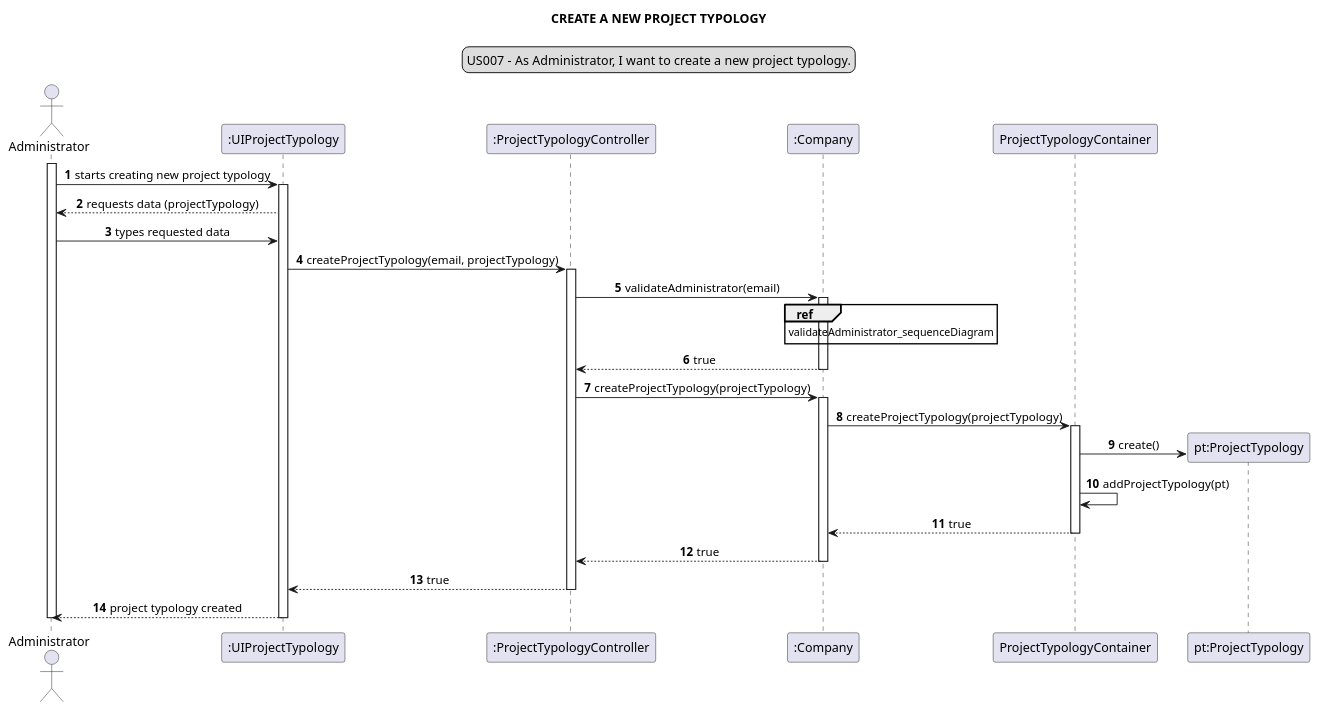
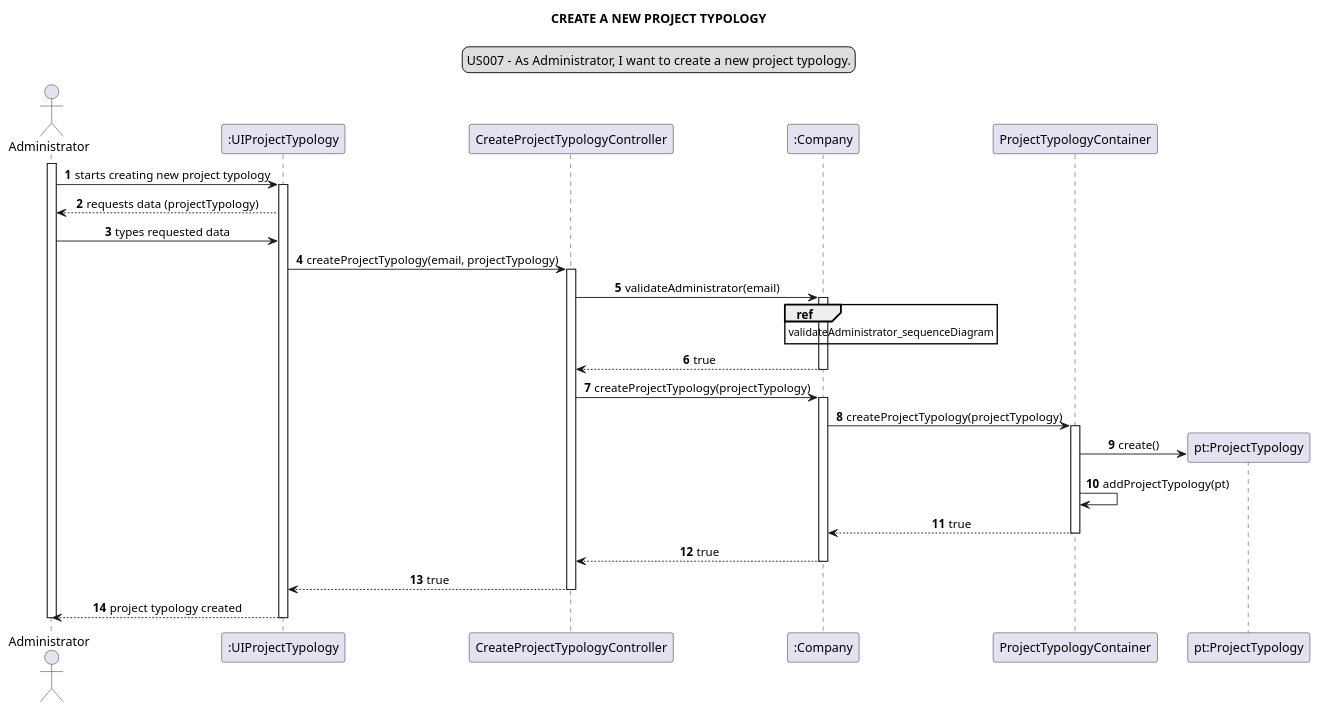
One commit to Loracline/project_switch_22-23 changed the diagram in docs/modelling_design/user_stories/sprint02/us007/US007_sequenceDiagram.puml. Above: the diagram before and after it, drawn with PlantUML. The commit also changed 2 other files, not shown here.

Commit message:
US007: Development : update classes names  ProjectTypologyController to CreateProjectTypologyController and ProjectTypologyControllerTest to CreateProjectTypologyControllerTest. Update US007 SD and CD

```diff
--- a/docs/modelling_design/user_stories/sprint02/us007/US007_sequenceDiagram.puml
+++ b/docs/modelling_design/user_stories/sprint02/us007/US007_sequenceDiagram.puml
@@ -1,48 +1,48 @@
 @startuml
 'https://plantuml.com/sequence-diagram
 
 autonumber
 skinparam sequenceMessageAlign center
 title CREATE A NEW PROJECT TYPOLOGY
 legend top
 US007 - As Administrator, I want to create a new project typology.
 end legend
 
 actor Administrator as a
 participant ":UIProjectTypology" as ui
-participant ":ProjectTypologyController" as ct
+participant "CreateProjectTypologyController" as ct
 participant ":Company" as c
 participant "ProjectTypologyContainer" as ptc
 participant "pt:ProjectTypology" as pty
 
 
 activate a
 a -> ui: starts creating new project typology
 activate ui
 ui --> a: requests data (projectTypology)
 a -> ui: types requested data
 ui -> ct: createProjectTypology(email, projectTypology)
 activate ct
 ct -> c: validateAdministrator(email)
 activate c
 ref over c: validateAdministrator_sequenceDiagram
 c --> ct: true
 deactivate c
 ct -> c: createProjectTypology(projectTypology)
 activate c
 c -> ptc: createProjectTypology(projectTypology)
 activate ptc
 create pty
 ptc -> pty: create()
 ptc -> ptc: addProjectTypology(pt)
 ptc --> c: true
 deactivate ptc
 c --> ct: true
 deactivate c
 ct --> ui: true
 deactivate ct
 ui --> a: project typology created
 deactivate ui
 
 deactivate a
 @enduml
```
